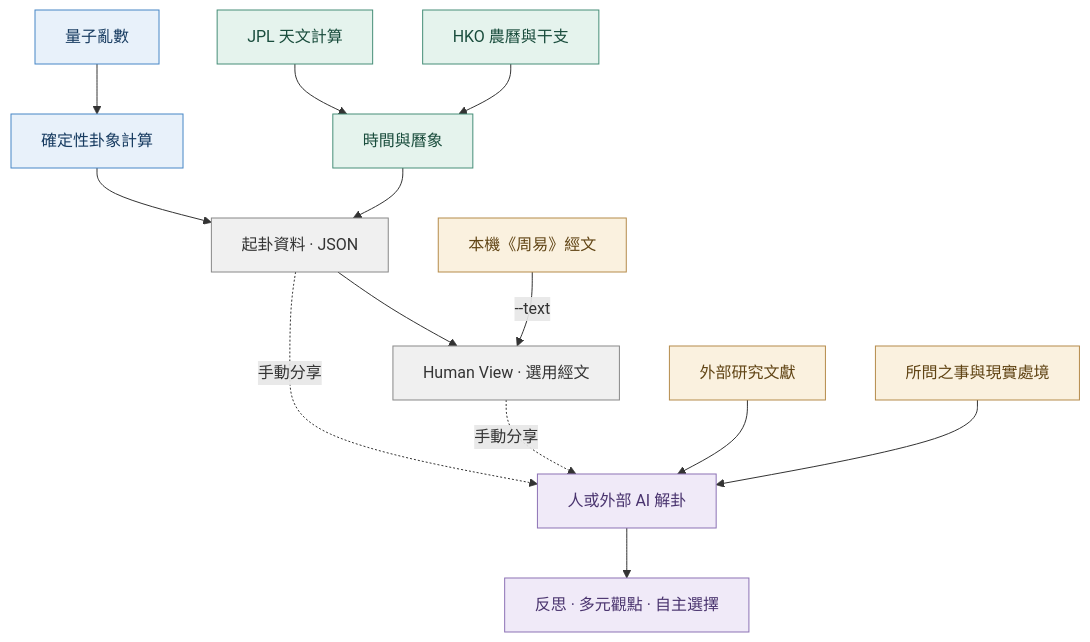
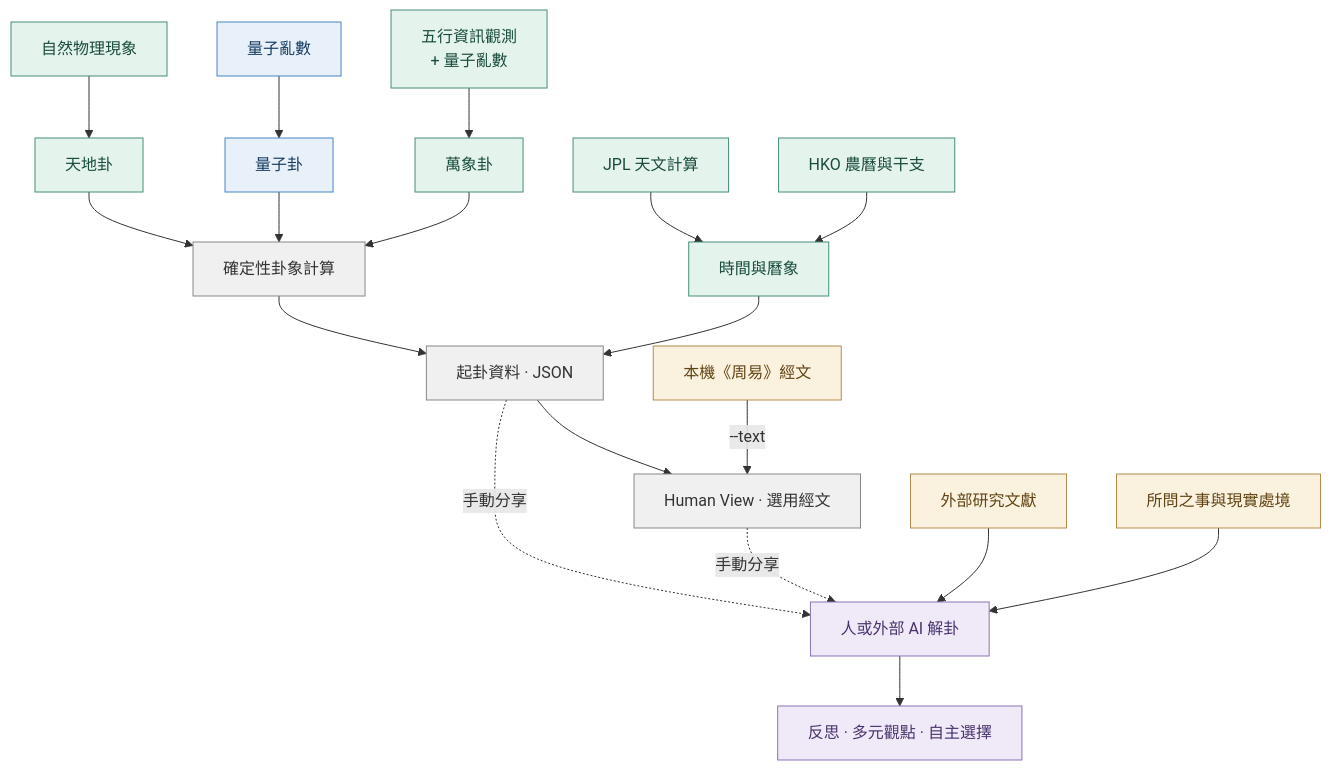
One commit to cctsao1008/trng-iching changed the diagram in README.zh-TW.md. Above: the diagram before and after it, drawn with Mermaid. The commit also changed other lines of this file, not shown here.

Commit message:
docs: unify three hexagram architecture paths in README.zh-TW.md

````diff
--- a/README.zh-TW.md
+++ b/README.zh-TW.md
@@ -236,26 +236,33 @@
 ```mermaid
 flowchart TD
-    Q["量子亂數"] --> H["確定性卦象計算"]
+    N["自然物理現象"] --> PH["天地卦"]
+    Q["量子亂數"] --> QH["量子卦"]
+    F["五行資訊觀測<br/>+ 量子亂數"] --> MH["萬象卦"]
+
+    PH --> H["確定性卦象計算"]
+    QH --> H
+    MH --> H
+
     A["JPL 天文計算"] --> T["時間與曆象"]
     C["HKO 農曆與干支"] --> T
     H --> R["起卦資料 · JSON"]
     T --> R
     R --> V["Human View · 選用經文"]
     Z["本機《周易》經文"] -->|"--text"| V
     R -. 手動分享 .-> I["人或外部 AI 解卦"]
     V -. 手動分享 .-> I
     S["外部研究文獻"] --> I
     P["所問之事與現實處境"] --> I
     I --> O["反思 · 多元觀點 · 自主選擇"]
 
     classDef randomness fill:#e8f1fa,stroke:#4786c6,color:#173b60
     classDef science fill:#e5f3ed,stroke:#468e78,color:#194c3c
     classDef record fill:#f0f0f0,stroke:#888,color:#333
     classDef references fill:#faf1df,stroke:#b58b4b,color:#604414
     classDef reflection fill:#f0eaf8,stroke:#8c72b5,color:#49336e
-    class Q,H randomness
-    class A,C,T science
-    class R,V record
+    class Q,QH randomness
+    class N,PH,F,MH,A,C,T science
+    class H,R,V record
     class Z,S,P references
     class I,O reflection
 ```
````
